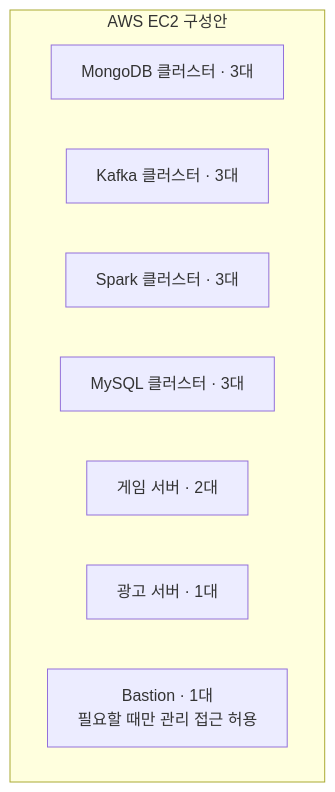
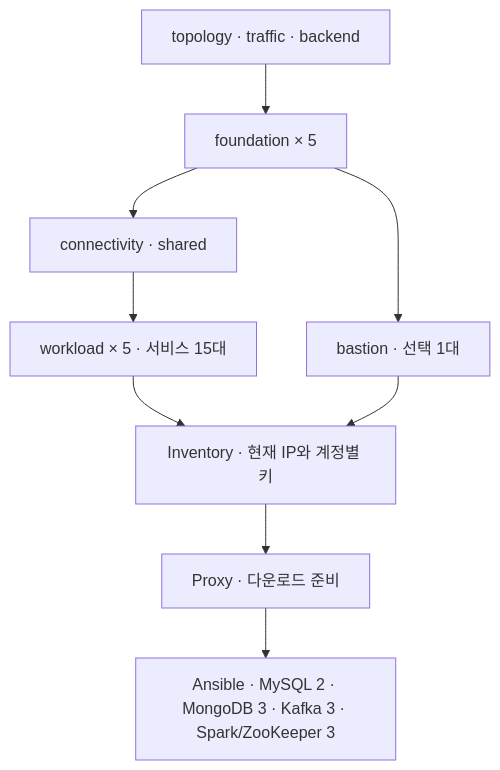
One commit to encore-ai-campus/mlo-01-p3-team2 changed the diagram in aws-infra/README.md. Above: the diagram before and after it, drawn with Mermaid. The commit also changed other lines of this file and 214 other files, not shown here.

````diff
--- a/aws-infra/README.md
+++ b/aws-infra/README.md
@@ -72,12 +55,11 @@
 ```mermaid
 flowchart TB
-    subgraph EC2["AWS EC2 구성안"]
-        M["MongoDB 클러스터 · 3대"]
-        K["Kafka 클러스터 · 3대"]
-        S["Spark 클러스터 · 3대"]
-        D["MySQL 클러스터 · 3대"]
-        G["게임 서버 · 2대"]
-        A["광고 서버 · 1대"]
-        B["Bastion · 1대<br/>필요할 때만 관리 접근 허용"]
-    end
+    CONFIG["topology · traffic · backend"] --> F["foundation × 5"]
+    F --> C["connectivity · shared"]
+    C --> W["workload × 5 · 서비스 15대"]
+    F --> B["bastion · 선택 1대"]
+    W --> I["Inventory · 현재 IP와 계정별 키"]
+    B --> I
+    I --> P["Proxy · 다운로드 준비"]
+    P --> A["Ansible · MySQL 2 · MongoDB 3 · Kafka 3 · Spark/ZooKeeper 3"]
 ```
````
